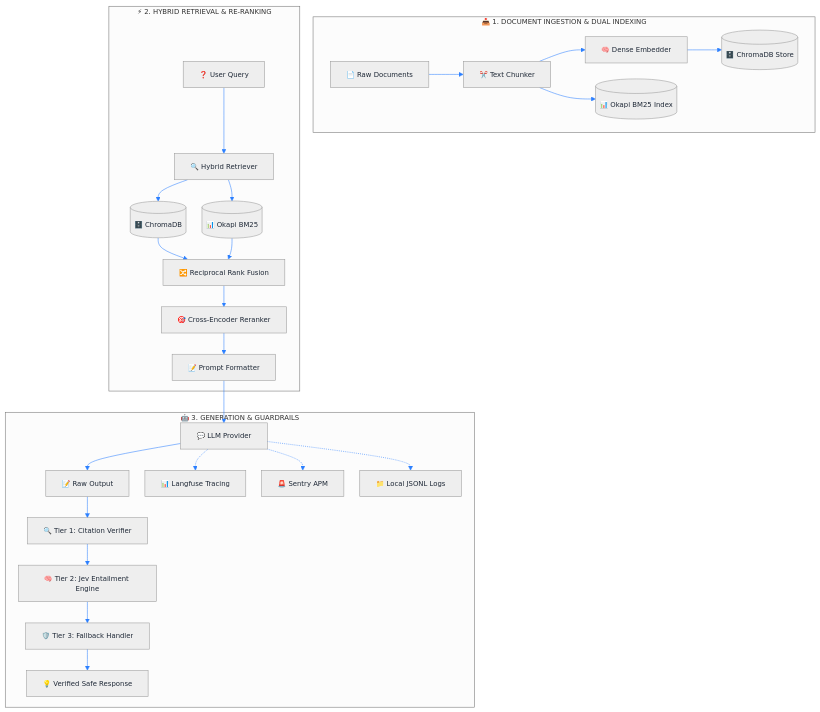
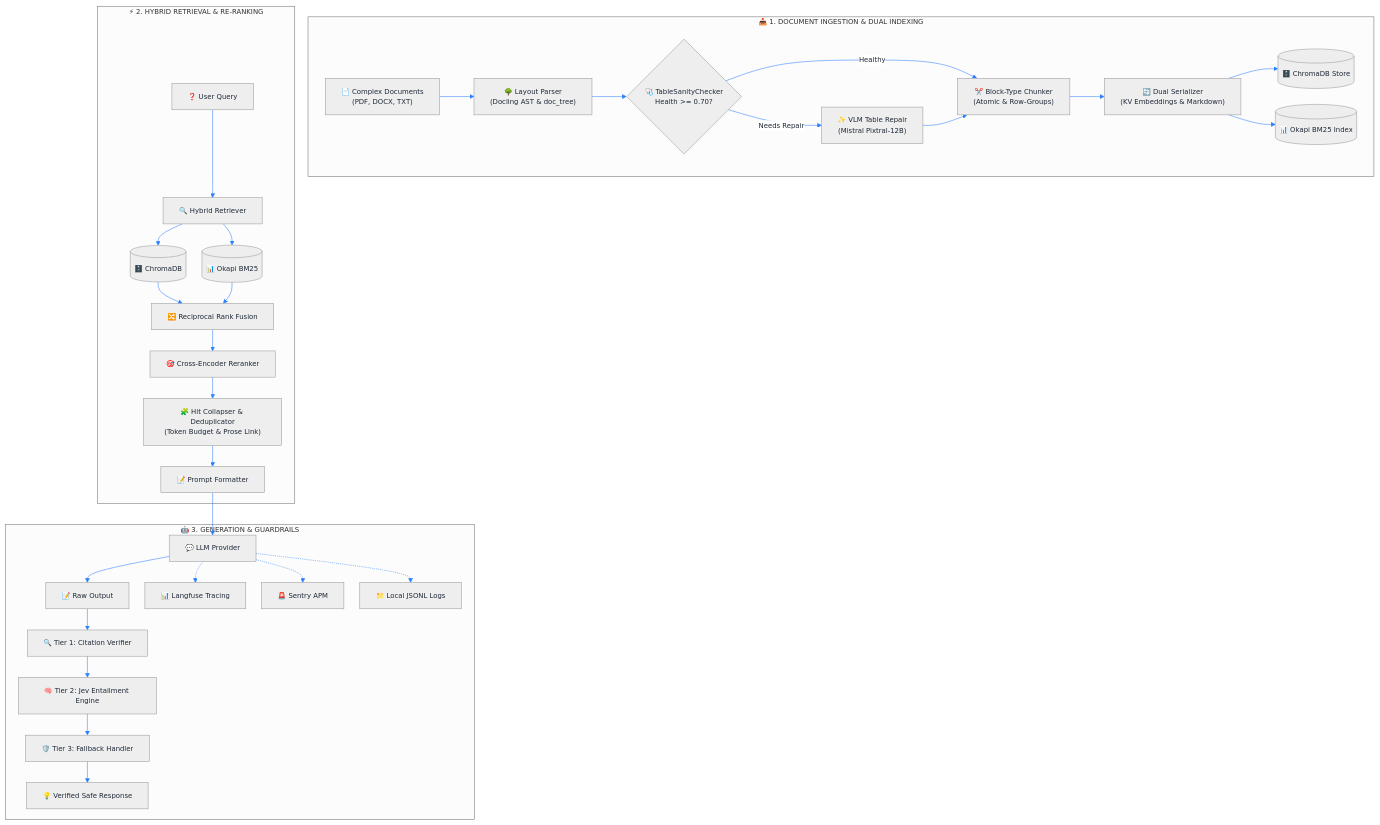
One commit to Souheil007/Rag_Full_Version changed the diagram in README.md. Above: the diagram before and after it, drawn with Mermaid. The commit also changed other lines of this file, not shown here.

Commit message:
docs: update README with Plan 7 ingestion architecture, diagrams, and documentation links

````diff
--- a/README.md
+++ b/README.md
@@ -22,33 +22,38 @@
 ```mermaid
 %%{init: {'theme': 'neutral', 'themeVariables': { 'fontSize': '13px', 'lineColor': '#2b7fff', 'edgeLabelBackground': '#ffffff', 'textColor': '#1f2937' }, 'flowchart': { 'nodeSpacing': 30, 'rankSpacing': 40, 'padding': 15, 'useMaxWidth': true } } }%%
 flowchart TD
     subgraph Ingestion ["📥 1. DOCUMENT INGESTION & DUAL INDEXING"]
-        A1["📄 Raw Documents"] --> A2["✂️ Text Chunker"]
-        A2 --> A3["🧠 Dense Embedder"]
-        A3 --> A4[("🗄️ ChromaDB Store")]
-        A2 --> A5[("📊 Okapi BM25 Index")]
+        A1["📄 Complex Documents<br/>(PDF, DOCX, TXT)"] --> A2["🌳 Layout Parser<br/>(Docling AST & doc_tree)"]
+        A2 --> A3{"🩺 TableSanityChecker<br/>Health >= 0.70?"}
+        A3 -->|"Needs Repair"| A4["✨ VLM Table Repair<br/>(Mistral Pixtral-12B)"]
+        A3 -->|"Healthy"| A5["✂️ Block-Type Chunker<br/>(Atomic & Row-Groups)"]
+        A4 --> A5
+        A5 --> A6["🔄 Dual Serializer<br/>(KV Embeddings & Markdown)"]
+        A6 --> A7[("🗄️ ChromaDB Store")]
+        A6 --> A8[("📊 Okapi BM25 Index")]
     end
 
     subgraph Retrieval ["⚡ 2. HYBRID RETRIEVAL & RE-RANKING"]
         B1["❓ User Query"] --> B2["🔍 Hybrid Retriever"]
         B2 --> B3[("🗄️ ChromaDB")]
         B2 --> B4[("📊 Okapi BM25")]
         B3 --> B5["🔀 Reciprocal Rank Fusion"]
         B4 --> B5
         B5 --> B6["🎯 Cross-Encoder Reranker"]
-        B6 --> B7["📝 Prompt Formatter"]
+        B6 --> B7["🧩 Hit Collapser & Deduplicator<br/>(Token Budget & Prose Link)"]
+        B7 --> B8["📝 Prompt Formatter"]
     end
 
     subgraph Generation ["🤖 3. GENERATION & GUARDRAILS"]
-        B7 --> C1["💬 LLM Provider"]
+        B8 --> C1["💬 LLM Provider"]
         C1 --> C2["📝 Raw Output"]
         C2 --> G1["🔍 Tier 1: Citation Verifier"]
         G1 --> G2["🧠 Tier 2: Jev Entailment Engine"]
         G2 --> G3["🛡️ Tier 3: Fallback Handler"]
         G3 --> C3["💡 Verified Safe Response"]
 
         C1 -.-> D1["📊 Langfuse Tracing"]
         C1 -.-> D2["🚨 Sentry APM"]
         C1 -.-> D3["📁 Local JSONL Logs"]
     end
 ```
````
